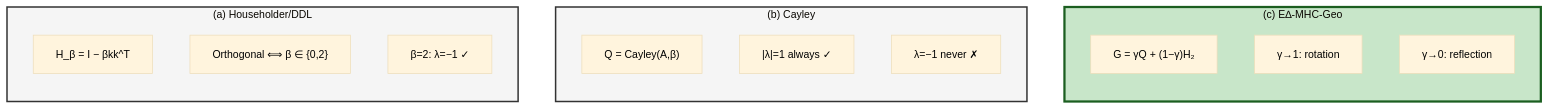
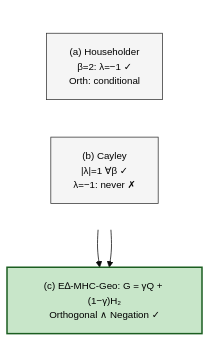
The fourth of 7 diagrams in docs/RESEARCH.md (arash-shahmansoori/edelta), drawn with Mermaid before and after one commit. The commit also changed other lines of this file, not shown here.

First line of the commit message:
Optimize Figure 3 and 4 diagrams for compactness

````diff
--- a/docs/RESEARCH.md
+++ b/docs/RESEARCH.md
@@ -1046,30 +1046,14 @@
 ```mermaid
-%%{init: {'theme': 'base', 'themeVariables': { 'fontSize': '14px', 'fontFamily': 'Arial, sans-serif', 'primaryTextColor': '#000000', 'lineColor': '#000000'}}}%%
-flowchart LR
-    subgraph DDL["(a) Householder/DDL"]
-        direction TB
-        D1["H_β = I − βkk^T"]
-        D2["Orthogonal ⟺ β ∈ {0,2}"]
-        D3["β=2: λ=−1 ✓"]
+%%{init: {'theme': 'base', 'themeVariables': { 'fontSize': '13px', 'fontFamily': 'Arial', 'primaryTextColor': '#000'}}}%%
+flowchart TB
+    subgraph TOP[" "]
+        direction LR
+        DDL["(a) Householder<br/>β=2: λ=−1 ✓<br/>Orth: conditional"]
+        CAY["(b) Cayley<br/>|λ|=1 ∀β ✓<br/>λ=−1: never ✗"]
     end
-    
-    subgraph CAY["(b) Cayley"]
-        direction TB
-        C1["Q = Cayley(A,β)"]
-        C2["|λ|=1 always ✓"]
-        C3["λ=−1 never ✗"]
-    end
-    
-    subgraph HYB["(c) E∆-MHC-Geo"]
-        direction TB
-        H1["G = γQ + (1−γ)H₂"]
-        H2["γ→1: rotation"]
-        H3["γ→0: reflection"]
-    end
-    
-    DDL ~~~ CAY ~~~ HYB
-    
-    style DDL fill:#f5f5f5,stroke:#333333,stroke-width:2px
-    style CAY fill:#f5f5f5,stroke:#333333,stroke-width:2px
-    style HYB fill:#c8e6c9,stroke:#1b5e20,stroke-width:3px
+    DDL & CAY --> HYB["(c) E∆-MHC-Geo: G = γQ + (1−γ)H₂<br/>Orthogonal ∧ Negation ✓"]
+    style DDL fill:#f5f5f5,stroke:#333
+    style CAY fill:#f5f5f5,stroke:#333
+    style HYB fill:#c8e6c9,stroke:#1b5e20,stroke-width:2px
+    style TOP fill:none,stroke:none
 ```
````
